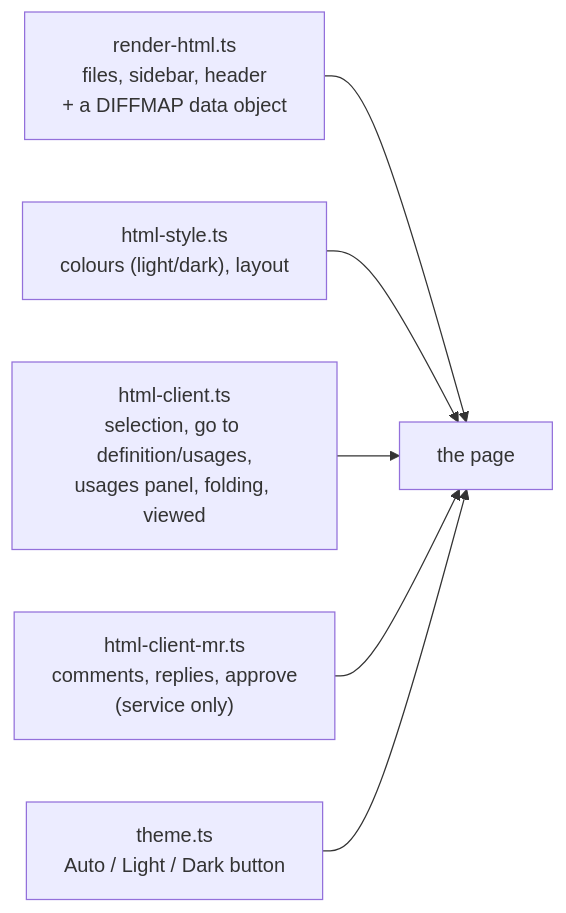
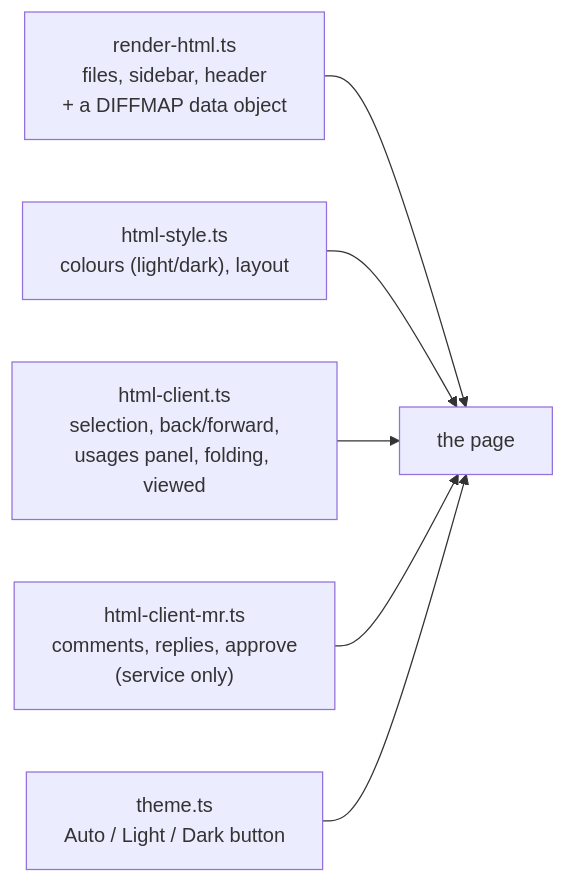
The sixth of 7 diagrams in ARCHITECTURE.md (cyberfixer/diffmap), drawn with Mermaid before and after one commit. The commit also changed other lines of this file and 6 other files, not shown here.

First line of the commit message:
feat(report): quick on big changes; definition above, usages below; back/forward; removed-code list (24)

````diff
--- a/ARCHITECTURE.md
+++ b/ARCHITECTURE.md
@@ -171,8 +171,8 @@
 ```mermaid
 flowchart LR
   R["render-html.ts<br/>files, sidebar, header<br/>+ a DIFFMAP data object"] --> P["the page"]
   S["html-style.ts<br/>colours (light/dark), layout"] --> P
-  C["html-client.ts<br/>selection, go to definition/usages,<br/>usages panel, folding, viewed"] --> P
+  C["html-client.ts<br/>selection, back/forward,<br/>usages panel, folding, viewed"] --> P
   M["html-client-mr.ts<br/>comments, replies, approve<br/>(service only)"] --> P
   T["theme.ts<br/>Auto / Light / Dark button"] --> P
 ```
````
